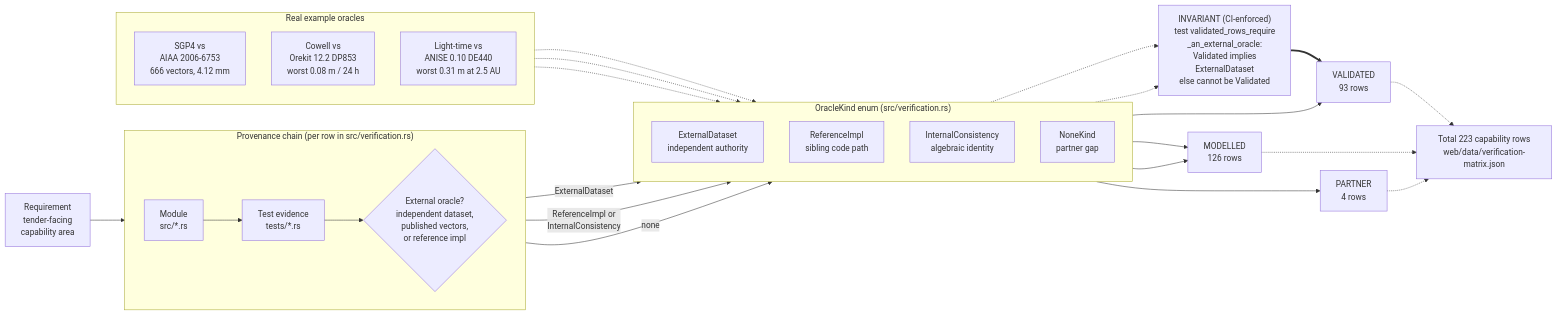
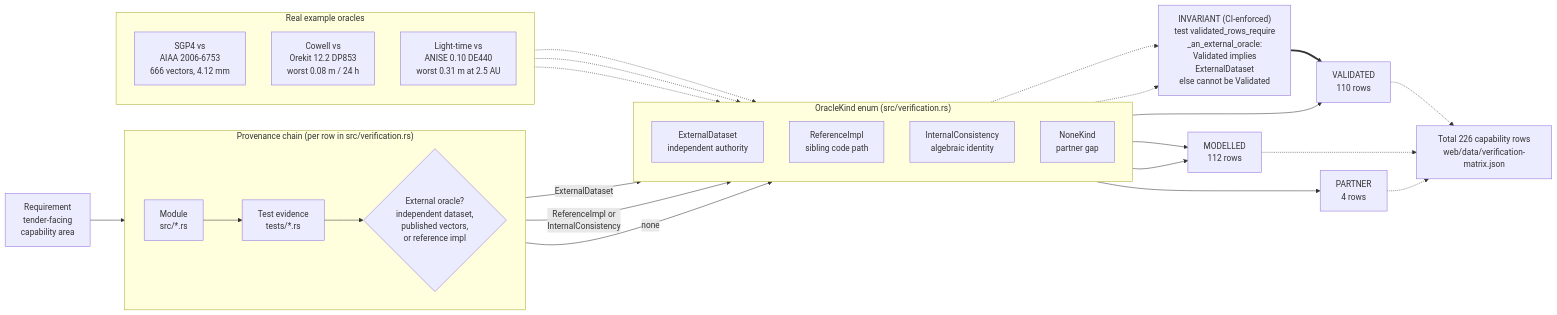
Before and after one commit to ashfordeOU/kshana: the diagram in docs/diagrams/validation-provenance.mmd, drawn with Mermaid. The commit also changed 56 other files, not shown here.

```diff
--- a/docs/diagrams/validation-provenance.mmd
+++ b/docs/diagrams/validation-provenance.mmd
@@ -1,49 +1,49 @@
 flowchart LR
     REQ["Requirement<br/>tender-facing<br/>capability area"]
 
     subgraph CHAIN["Provenance chain (per row in src/verification.rs)"]
         direction LR
         MOD["Module<br/>src/*.rs"]
         TST["Test evidence<br/>tests/*.rs"]
         ORA{"External oracle?<br/>independent dataset,<br/>published vectors,<br/>or reference impl"}
     end
 
     REQ --> MOD --> TST --> ORA
 
     subgraph KINDS["OracleKind enum (src/verification.rs)"]
         direction TD
         EXT["ExternalDataset<br/>independent authority"]
         REF["ReferenceImpl<br/>sibling code path"]
         INT["InternalConsistency<br/>algebraic identity"]
         NON["NoneKind<br/>partner gap"]
     end
 
     ORA -->|ExternalDataset| EXT
     ORA -->|"ReferenceImpl or<br/>InternalConsistency"| INT
     ORA -->|none| NON
 
     GUARD["INVARIANT (CI-enforced)<br/>test validated_rows_require<br/>_an_external_oracle:<br/>Validated implies<br/>ExternalDataset<br/>else cannot be Validated"]
     EXT -.-> GUARD
     INT -.-> GUARD
 
-    EXT --> VAL["VALIDATED<br/>93 rows"]
-    REF --> MDL["MODELLED<br/>126 rows"]
+    EXT --> VAL["VALIDATED<br/>110 rows"]
+    REF --> MDL["MODELLED<br/>112 rows"]
     INT --> MDL
     NON --> PRT["PARTNER<br/>4 rows"]
     GUARD ==> VAL
 
     subgraph EX["Real example oracles"]
         direction TD
         E1["SGP4 vs<br/>AIAA 2006-6753<br/>666 vectors, 4.12 mm"]
         E2["Cowell vs<br/>Orekit 12.2 DP853<br/>worst 0.08 m / 24 h"]
         E3["Light-time vs<br/>ANISE 0.10 DE440<br/>worst 0.31 m at 2.5 AU"]
     end
 
     E1 -.-> EXT
     E2 -.-> EXT
     E3 -.-> EXT
 
-    TOTAL["Total 223 capability rows<br/>web/data/verification-matrix.json"]
+    TOTAL["Total 226 capability rows<br/>web/data/verification-matrix.json"]
     VAL -.-> TOTAL
     MDL -.-> TOTAL
     PRT -.-> TOTAL
```
